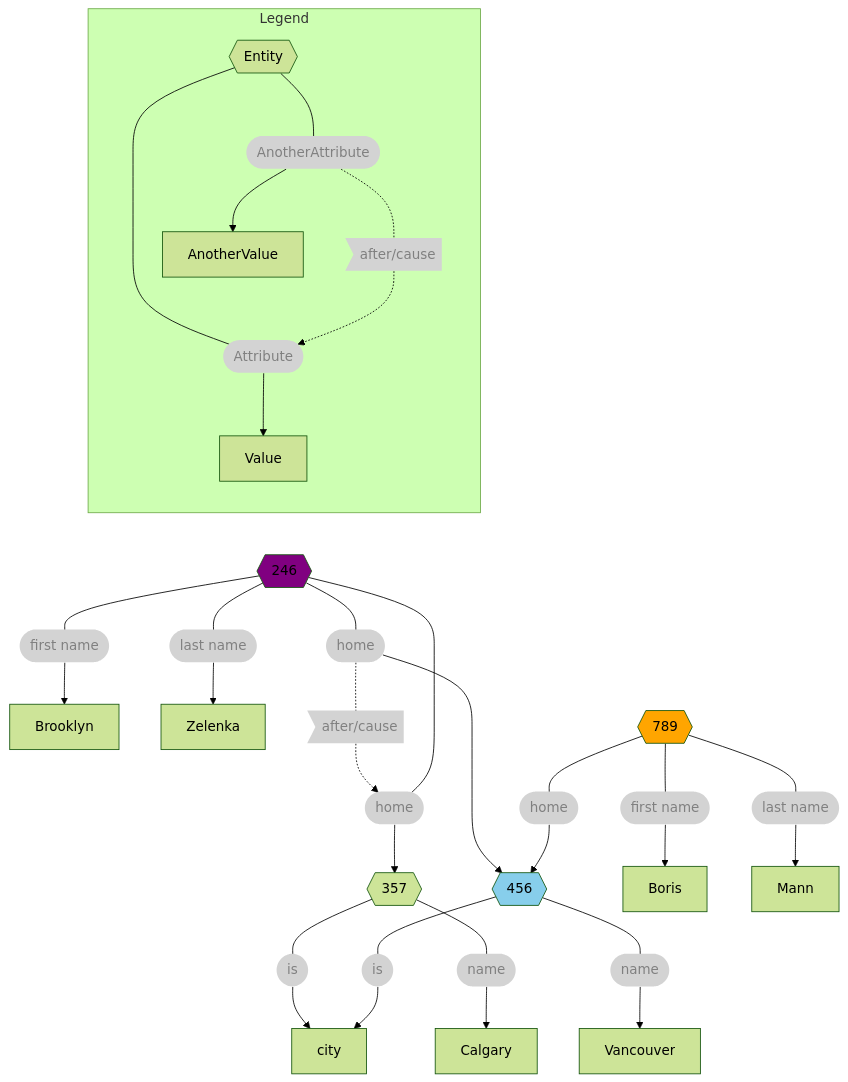
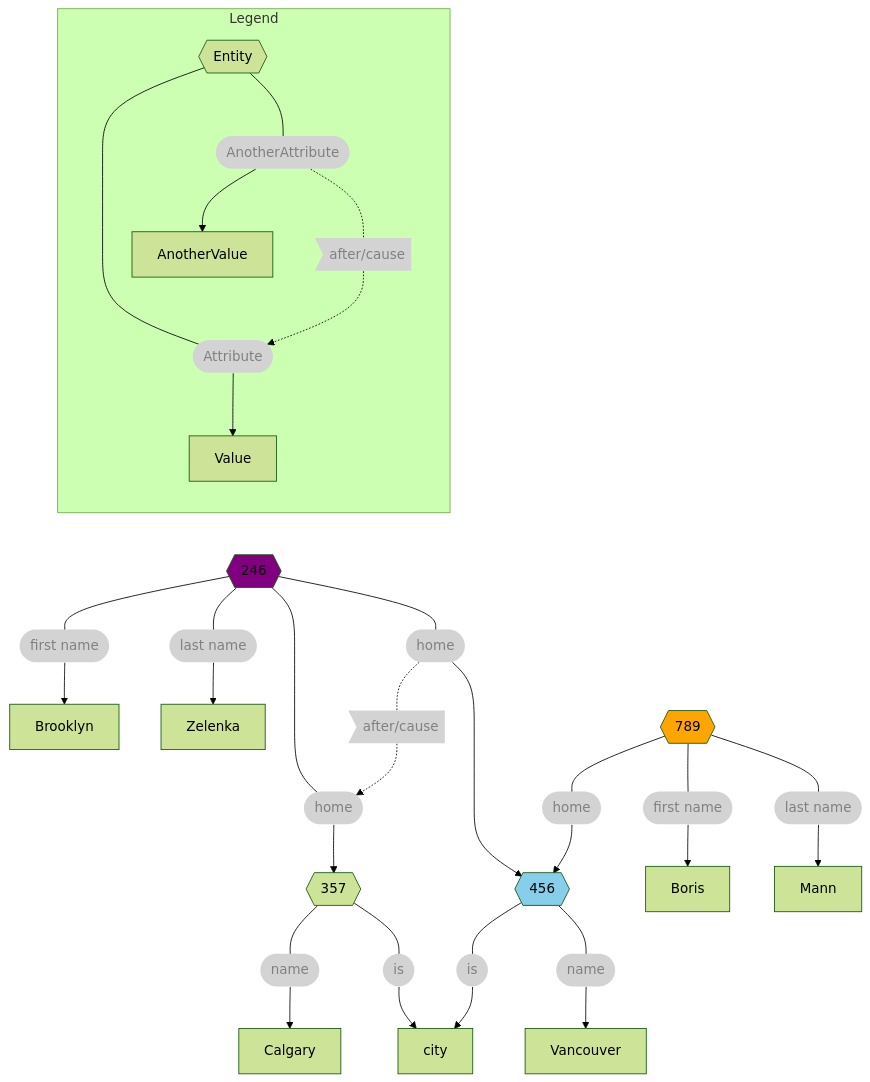
The first of 2 diagrams in README.md (RhizomeDB/spec), drawn with Mermaid (forest theme) before and after one commit. The commit also changed other lines of this file, not shown here.

````diff
--- a/README.md
+++ b/README.md
@@ -266,35 +266,35 @@
 ``` mermaid
 flowchart TB
     subgraph Legend
       direction TB
       entity{{Entity}} --- att([Attribute]):::attr --> Value
       entity --- att2([AnotherAttribute]):::attr --> AnotherValue
       att2 -.- cause>after/cause]:::attr -.-> att
     end
 
     Legend ~~~ entityBZ
 
     entityBZ{{246}} --- bzFN([first name]):::attr --> Brooklyn
     entityBZ --- bzLN([last name]):::attr --> Zelenka
 
-    bzNewCity -.- after>after/cause]:::attr .-> bzOldCity
-
     entityBZ --- bzOldCity([home]):::attr --> entityCgy
     entityBZ --- bzNewCity([home]):::attr --> entityVC
+
+    bzNewCity -.- after>after/cause]:::attr .-> bzOldCity
 
     entityBM --- bmCity([home]):::attr --> entityVC
     entityBM{{789}} --- bmFN([first name]):::attr --> Boris
     entityBM --- bmLN([last name]):::attr --> Mann
 
+    entityCgy --- calName([name]):::attr --> Calgary
     entityCgy{{357}} --- calIs([is]):::attr --> city
-    entityCgy --- calName([name]):::attr --> Calgary
 
     entityVC{{456}} --- vcIs([is]):::attr --> city
     entityVC --- vcName([name]):::attr --> Vancouver
 
     style entityBM fill:orange
     style entityBZ fill:purple
     style entityVC fill:skyblue
 
     classDef attr fill:lightgrey,color:grey,stroke:none;
 ```
````
